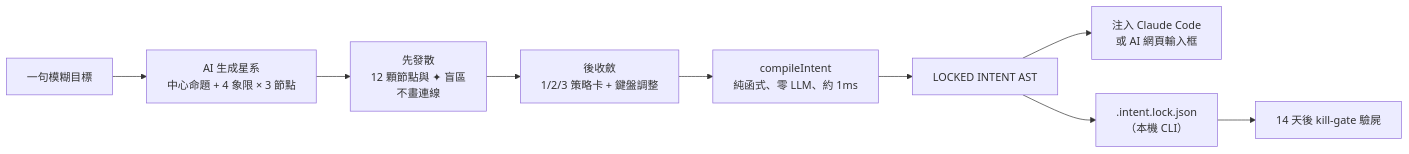
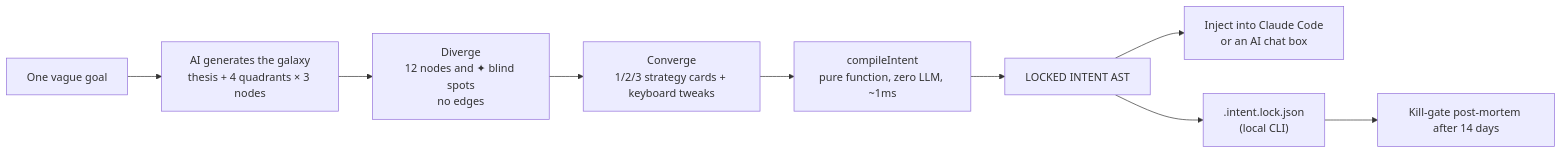
Before and after one commit to stephen-taipei/intent-galaxy: the first of 4 diagrams in README.md, drawn with Mermaid. The commit also changed other lines of this file and 6 other files, not shown here.

````diff
--- a/README.md
+++ b/README.md
@@ -47,11 +55,11 @@
 ```mermaid
 flowchart LR
-    A["一句模糊目標"] --> B["AI 生成星系<br/>中心命題 + 4 象限 × 3 節點"]
-    B --> C["先發散<br/>12 顆節點與 ✦ 盲區<br/>不畫連線"]
-    C --> D["後收斂<br/>1/2/3 策略卡 + 鍵盤調整"]
-    D --> E["compileIntent<br/>純函式、零 LLM、約 1ms"]
+    A["One vague goal"] --> B["AI generates the galaxy<br/>thesis + 4 quadrants × 3 nodes"]
+    B --> C["Diverge<br/>12 nodes and ✦ blind spots<br/>no edges"]
+    C --> D["Converge<br/>1/2/3 strategy cards + keyboard tweaks"]
+    D --> E["compileIntent<br/>pure function, zero LLM, ~1ms"]
     E --> F["LOCKED INTENT AST"]
-    F --> G["注入 Claude Code<br/>或 AI 網頁輸入框"]
-    F --> H[".intent.lock.json<br/>（本機 CLI）"]
-    H --> I["14 天後 kill-gate 驗屍"]
+    F --> G["Inject into Claude Code<br/>or an AI chat box"]
+    F --> H[".intent.lock.json<br/>(local CLI)"]
+    H --> I["Kill-gate post-mortem after 14 days"]
 ```
````
